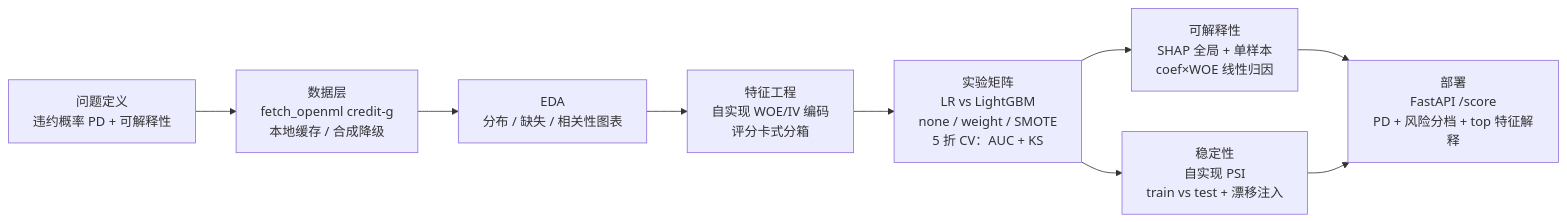
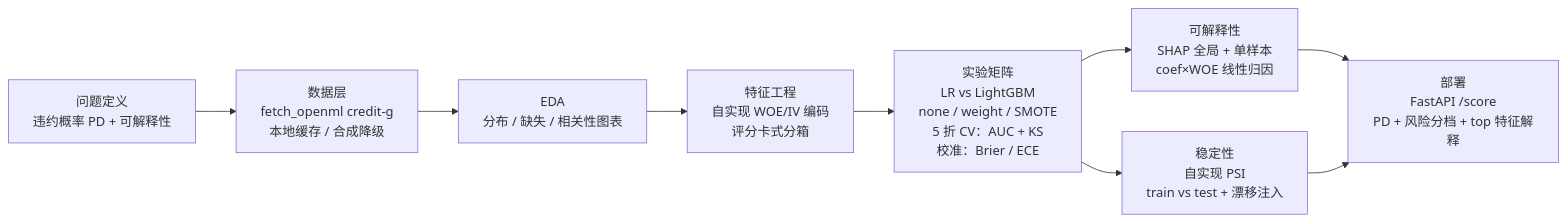
Before and after one commit to lii-lii321/credit-risk-modeling: the diagram in README.md, drawn with Mermaid. The commit also changed other lines of this file and 8 other files, not shown here.

Commit message:
feat(calibration): reliability diagram + Brier/ECE; balanced weighting inflates PD

````diff
--- a/README.md
+++ b/README.md
@@ -19,11 +19,11 @@
 ```mermaid
 flowchart LR
     A[问题定义<br/>违约概率 PD + 可解释性] --> B[数据层<br/>fetch_openml credit-g<br/>本地缓存 / 合成降级]
     B --> C[EDA<br/>分布 / 缺失 / 相关性图表]
     C --> D[特征工程<br/>自实现 WOE/IV 编码<br/>评分卡式分箱]
-    D --> E[实验矩阵<br/>LR vs LightGBM<br/>none / weight / SMOTE<br/>5 折 CV：AUC + KS]
+    D --> E[实验矩阵<br/>LR vs LightGBM<br/>none / weight / SMOTE<br/>5 折 CV：AUC + KS<br/>校准：Brier / ECE]
     E --> F[可解释性<br/>SHAP 全局 + 单样本<br/>coef×WOE 线性归因]
     E --> G[稳定性<br/>自实现 PSI<br/>train vs test + 漂移注入]
     F --> H[部署<br/>FastAPI /score<br/>PD + 风险分档 + top 特征解释]
     G --> H
 ```
````
